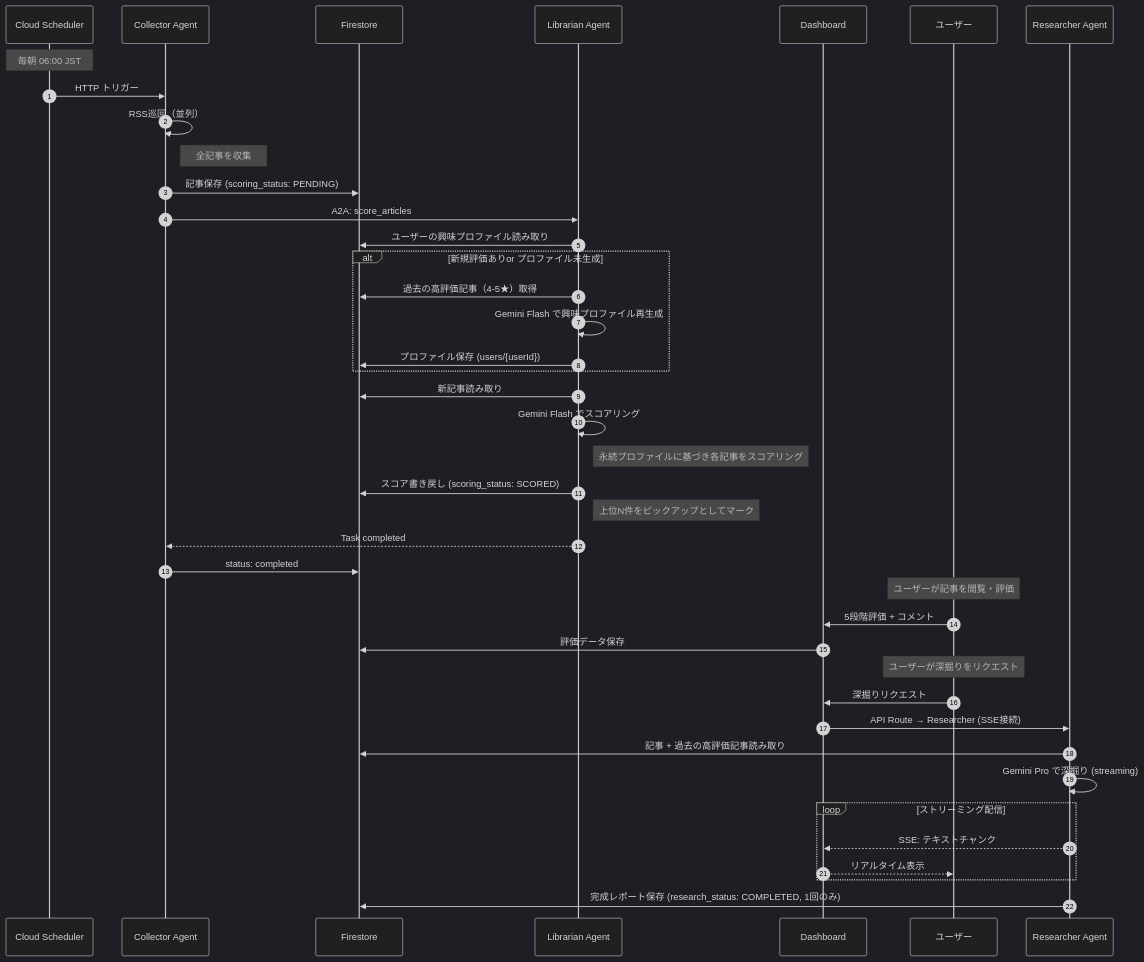
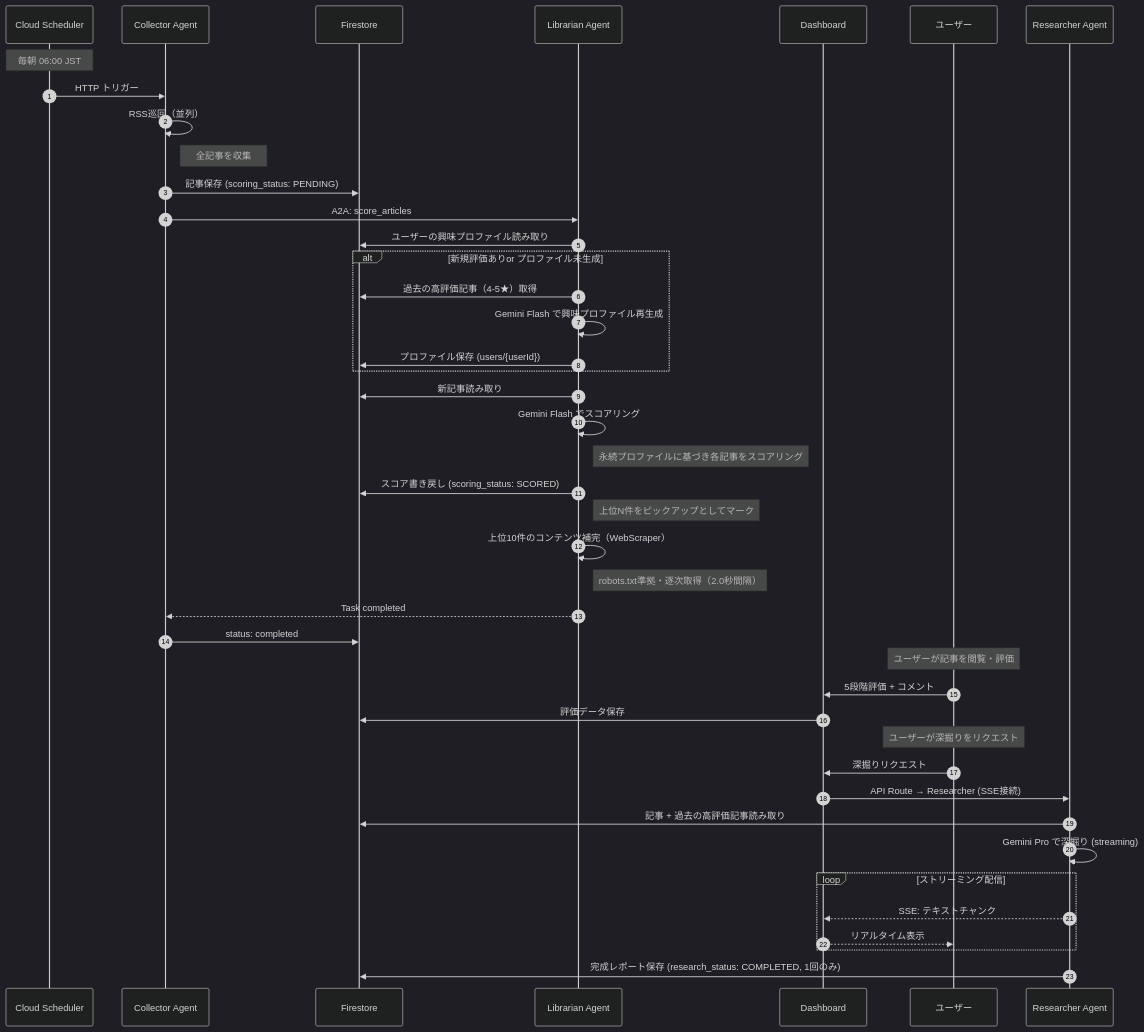
Before and after one commit to Renz0043/curation-persona: the second of 2 diagrams in docs/Design_doc.md, drawn with Mermaid (dark theme). The commit also changed other lines of this file and 3 other files, not shown here.

````diff
--- a/docs/Design_doc.md
+++ b/docs/Design_doc.md
@@ -233,49 +233,51 @@
 ```mermaid
 sequenceDiagram
     autonumber
     participant Scheduler as Cloud Scheduler
     participant Collector as Collector Agent
     participant DB as Firestore
     participant Librarian as Librarian Agent
     participant Dashboard as Dashboard
     participant User as ユーザー
     participant Researcher as Researcher Agent
 
     Note over Scheduler: 毎朝 06:00 JST
     Scheduler->>Collector: HTTP トリガー
 
     Collector->>Collector: RSS巡回（並列）
     Note right of Collector: 全記事を収集
     Collector->>DB: 記事保存 (scoring_status: PENDING)
     Collector->>Librarian: A2A: score_articles
 
     Librarian->>DB: ユーザーの興味プロファイル読み取り
     alt 新規評価ありor プロファイル未生成
         Librarian->>DB: 過去の高評価記事（4-5★）取得
         Librarian->>Librarian: Gemini Flash で興味プロファイル再生成
         Librarian->>DB: プロファイル保存 (users/{userId})
     end
     Librarian->>DB: 新記事読み取り
     Librarian->>Librarian: Gemini Flash でスコアリング
     Note right of Librarian: 永続プロファイルに基づき各記事をスコアリング
     Librarian->>DB: スコア書き戻し (scoring_status: SCORED)
     Note right of Librarian: 上位N件をピックアップとしてマーク
+    Librarian->>Librarian: 上位10件のコンテンツ補完（WebScraper）
+    Note right of Librarian: robots.txt準拠・逐次取得（2.0秒間隔）
 
     Librarian-->>Collector: Task completed
     Collector->>DB: status: completed
 
     Note over User: ユーザーが記事を閲覧・評価
     User->>Dashboard: 5段階評価 + コメント
     Dashboard->>DB: 評価データ保存
 
     Note over User: ユーザーが深掘りをリクエスト
     User->>Dashboard: 深掘りリクエスト
     Dashboard->>Researcher: API Route → Researcher (SSE接続)
     Researcher->>DB: 記事 + 過去の高評価記事読み取り
     Researcher->>Researcher: Gemini Pro で深掘り (streaming)
     loop ストリーミング配信
         Researcher-->>Dashboard: SSE: テキストチャンク
         Dashboard-->>User: リアルタイム表示
     end
     Researcher->>DB: 完成レポート保存 (research_status: COMPLETED, 1回のみ)
 ```
````
